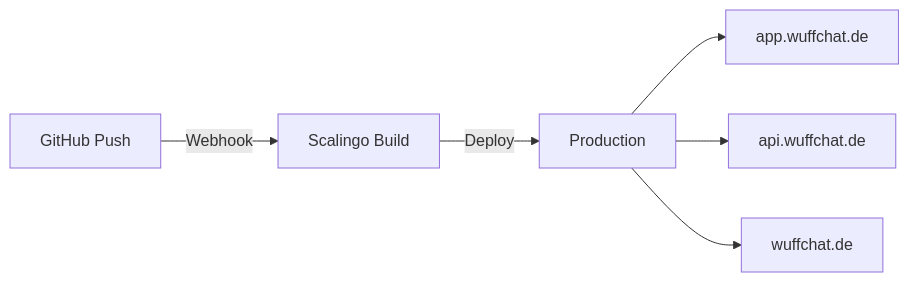
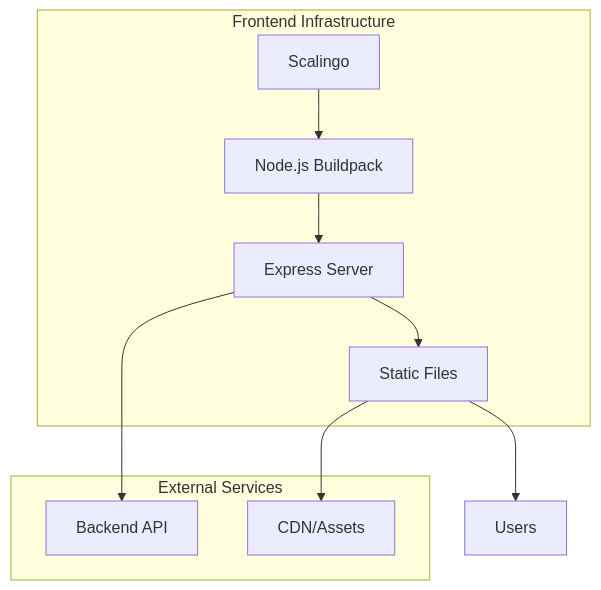
Before and after one commit to kemperfekt/wuff-web: the fourth of 4 diagrams in README.md, drawn with Mermaid. The commit also changed other lines of this file, not shown here.

````diff
--- a/README.md
+++ b/README.md
@@ -272,8 +213,17 @@
 ```mermaid
-graph LR
-    A[GitHub Push] -->|Webhook| B[Scalingo Build]
-    B -->|Deploy| C[Production]
-    C --> D[app.wuffchat.de]
-    C --> E[api.wuffchat.de]
-    C --> F[wuffchat.de]
+graph TB
+    subgraph "Frontend Infrastructure"
+        A[Scalingo] --> B[Node.js Buildpack]
+        B --> C[Express Server]
+        C --> D[Static Files]
+    end
+    
+    subgraph "External Services"
+        E[Backend API]
+        F[CDN/Assets]
+    end
+    
+    D --> G[Users]
+    C --> E
+    D --> F
 ```
````
